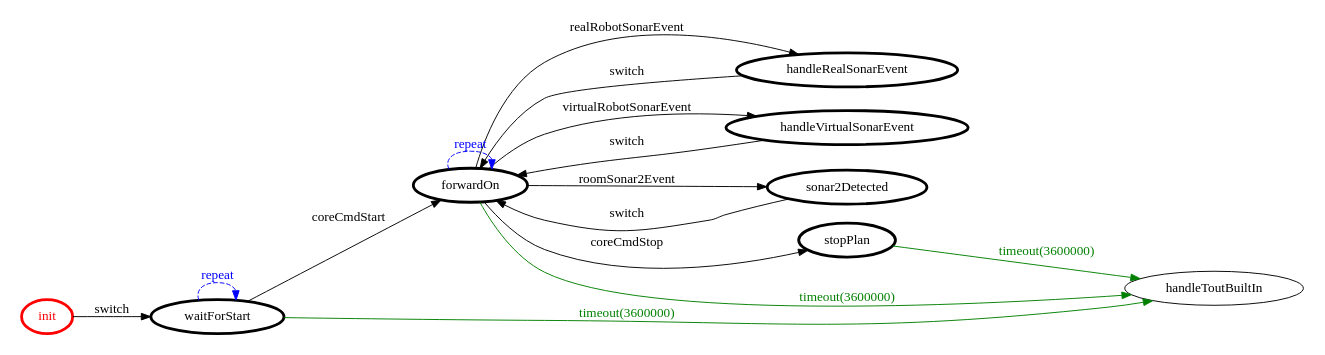
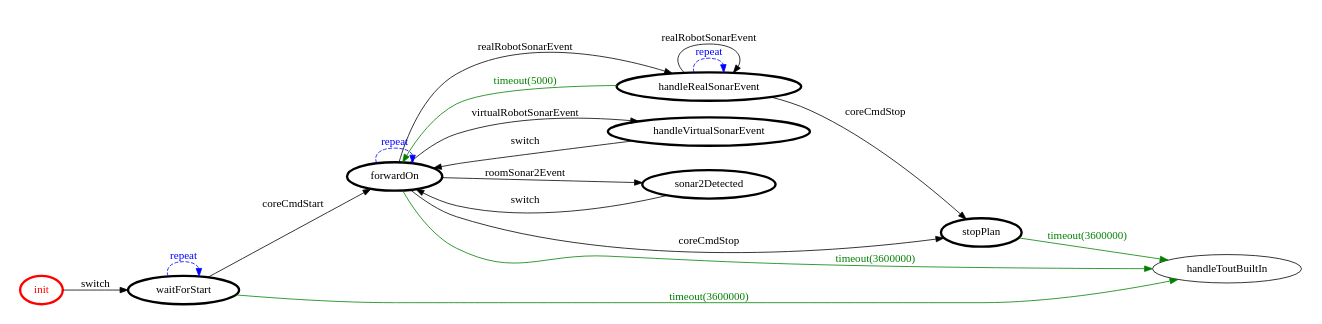
One commit to FraGio/iss2018 changed the diagram in it.unibo.projectRobot/srcMore/it/unibo/movecorelogic/movecorelogic.gv. Above: the diagram before and after it, drawn with Graphviz. The commit also changed 52 other files, not shown here.

```diff
--- a/it.unibo.projectRobot/srcMore/it/unibo/movecorelogic/movecorelogic.gv
+++ b/it.unibo.projectRobot/srcMore/it/unibo/movecorelogic/movecorelogic.gv
@@ -1,34 +1,37 @@
 /*
 *
 * A GraphViz DOT FSM description 
 * Please use a GraphViz visualizer (like http://www.webgraphviz.com)
 *  
 */
 
 digraph finite_state_machine {
 	rankdir=LR
 	size="8,5"
 	
 	init [ color = red ][ fontcolor = red ][ penwidth = 3 ]
 	handleRealSonarEvent [ color = black ][ fontcolor = black ][ penwidth = 3 ]
 	handleVirtualSonarEvent [ color = black ][ fontcolor = black ][ penwidth = 3 ]
 	sonar2Detected [ color = black ][ fontcolor = black ][ penwidth = 3 ]
 	waitForStart [ color = black ][ fontcolor = black ][ penwidth = 3 ]
 	forwardOn [ color = black ][ fontcolor = black ][ penwidth = 3 ]
 	stopPlan [ color = black ][ fontcolor = black ][ penwidth = 3 ]
 	
+	handleRealSonarEvent -> forwardOn [ label = "timeout(5000)" ][ color = green ][ fontcolor = green ]
 	sonar2Detected -> forwardOn [ label = "switch" ][ color = black ][ fontcolor = black ]
 	waitForStart -> handleToutBuiltIn [ label = "timeout(3600000)" ][ color = green ][ fontcolor = green ]
 	handleVirtualSonarEvent -> forwardOn [ label = "switch" ][ color = black ][ fontcolor = black ]
 	stopPlan -> handleToutBuiltIn [ label = "timeout(3600000)" ][ color = green ][ fontcolor = green ]
 	waitForStart -> forwardOn [ label = "coreCmdStart" ][ color = black ][ fontcolor = black ]
 	forwardOn -> handleToutBuiltIn [ label = "timeout(3600000)" ][ color = green ][ fontcolor = green ]
+	handleRealSonarEvent -> stopPlan [ label = "coreCmdStop" ][ color = black ][ fontcolor = black ]
 	forwardOn -> stopPlan [ label = "coreCmdStop" ][ color = black ][ fontcolor = black ]
 	forwardOn -> handleVirtualSonarEvent [ label = "virtualRobotSonarEvent" ][ color = black ][ fontcolor = black ]
-	handleRealSonarEvent -> forwardOn [ label = "switch" ][ color = black ][ fontcolor = black ]
 	waitForStart -> waitForStart [ label = "repeat "][ style = dashed ][ color = blue ][ fontcolor = blue ]
 	forwardOn -> handleRealSonarEvent [ label = "realRobotSonarEvent" ][ color = black ][ fontcolor = black ]
 	forwardOn -> forwardOn [ label = "repeat "][ style = dashed ][ color = blue ][ fontcolor = blue ]
 	init -> waitForStart [ label = "switch" ][ color = black ][ fontcolor = black ]
+	handleRealSonarEvent -> handleRealSonarEvent [ label = "repeat "][ style = dashed ][ color = blue ][ fontcolor = blue ]
 	forwardOn -> sonar2Detected [ label = "roomSonar2Event" ][ color = black ][ fontcolor = black ]
+	handleRealSonarEvent -> handleRealSonarEvent [ label = "realRobotSonarEvent" ][ color = black ][ fontcolor = black ]
 }
```
